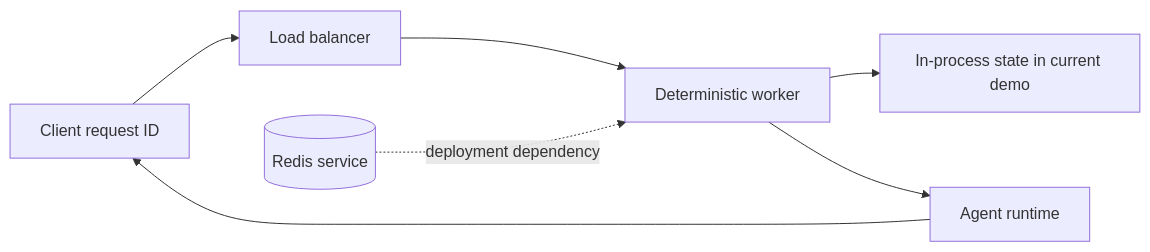
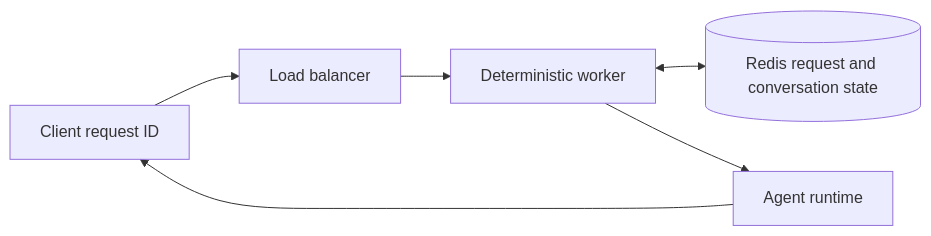
Before and after one commit to LucasRangelSSouza/distributed-agent-runtime-lab: the diagram in README.md, drawn with Mermaid. The commit also changed other lines of this file and 7 other files, not shown here.

````diff
--- a/README.md
+++ b/README.md
@@ -5,9 +5,8 @@
 ```mermaid
 flowchart LR
     C[Client request ID] --> L[Load balancer]
     L --> W[Deterministic worker]
-    W --> S[In-process state in current demo]
-    R[(Redis service)] -. deployment dependency .-> W
+    W <--> R[(Redis request and conversation state)]
     W --> A[Agent runtime]
     A --> C
 ```
````
